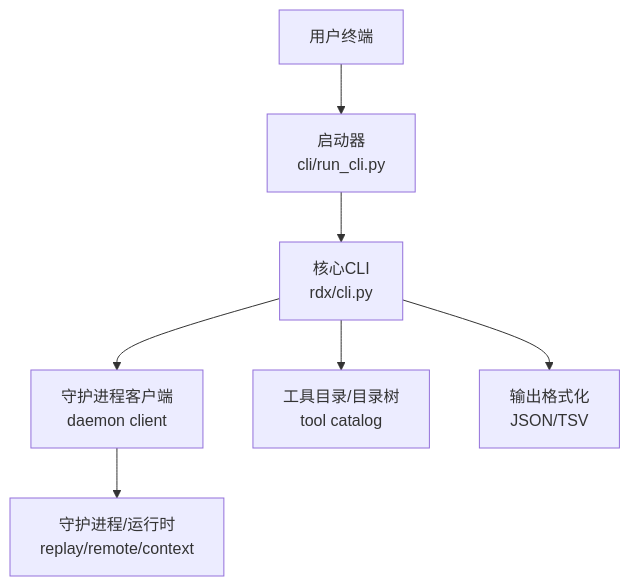
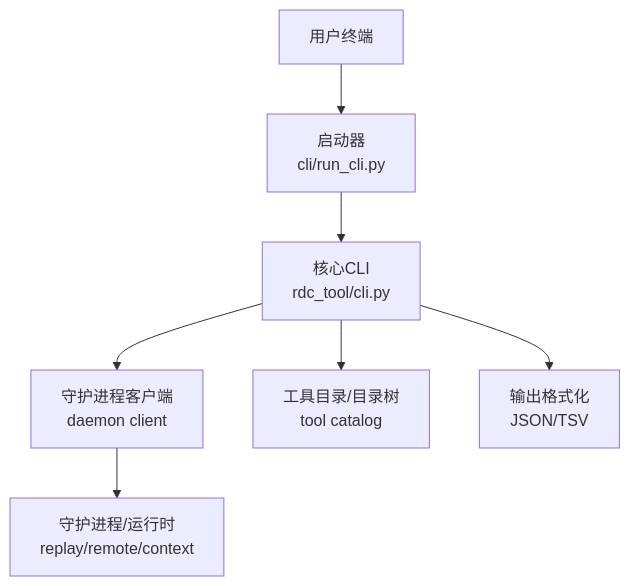
The first of 5 diagrams in .qoder/repowiki/zh/content/CLI参考手册/CLI概览和基础使用.md (haolange/RDC-Tool), drawn with Mermaid before and after one commit. The commit also changed other lines of this file and 388 other files, not shown here.

First line of the commit message:
Release RDC-Tool identity and public maintenance surface

````diff
--- a/.qoder/repowiki/zh/content/CLI参考手册/CLI概览和基础使用.md
+++ b/.qoder/repowiki/zh/content/CLI参考手册/CLI概览和基础使用.md
@@ -42,9 +42,9 @@
 ```mermaid
 graph TB
 A["用户终端"] --> B["启动器<br/>cli/run_cli.py"]
-B --> C["核心CLI<br/>rdx/cli.py"]
+B --> C["核心CLI<br/>rdc_tool/cli.py"]
 C --> D["守护进程客户端<br/>daemon client"]
 D --> E["守护进程/运行时<br/>replay/remote/context"]
 C --> F["工具目录/目录树<br/>tool catalog"]
 C --> G["输出格式化<br/>JSON/TSV"]
 ```
````
